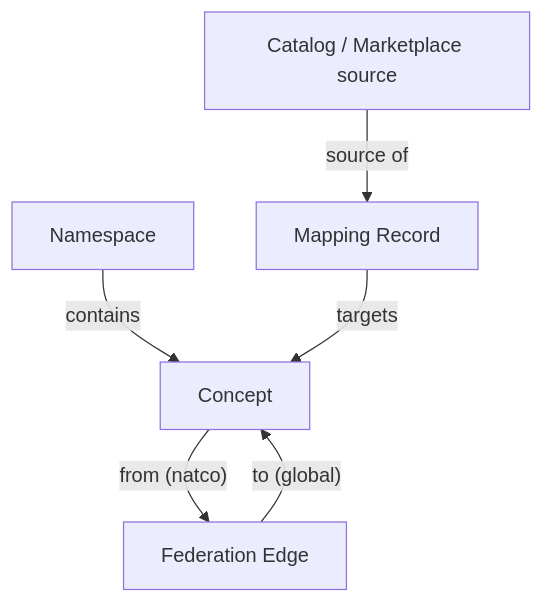
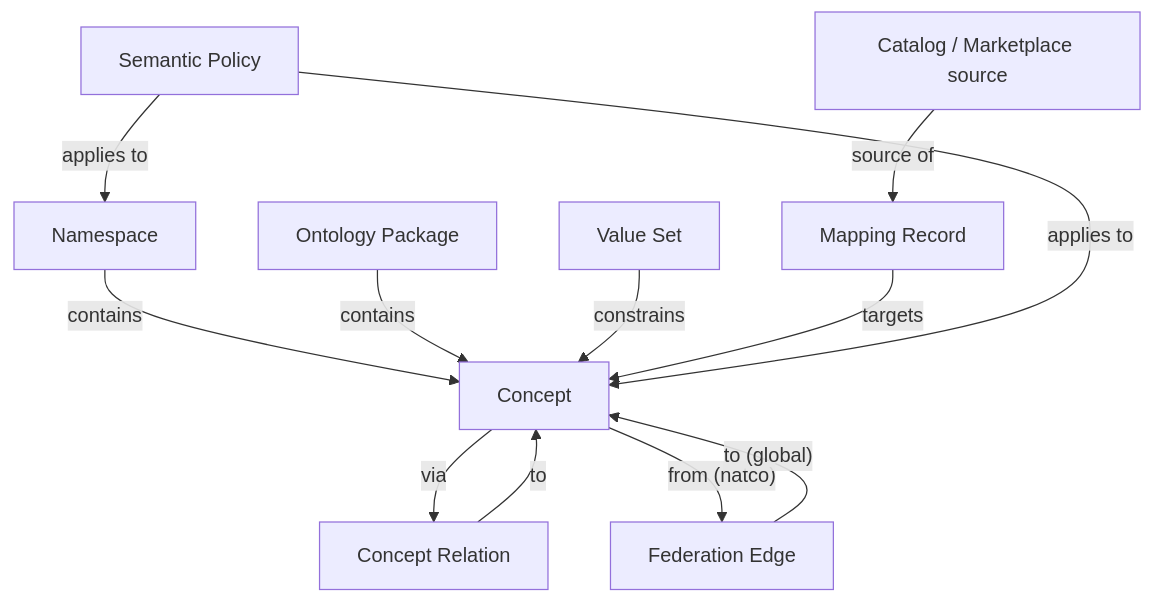
Before and after one commit to Swap-Innovation/Enterprise-Governance-Grid: the diagram in connected-data/10. Contracts/Semantic Control Plane/01. Hierarchy And Relations.md, drawn with Mermaid. The commit also changed other lines of this file and 650 other files, not shown here.

````diff
--- a/connected-data/10. Contracts/Semantic Control Plane/01. Hierarchy And Relations.md
+++ b/connected-data/10. Contracts/Semantic Control Plane/01. Hierarchy And Relations.md
@@ -16,14 +18,24 @@
 ```mermaid
 flowchart TB
   NS[Namespace]
   C[Concept]
+  OP[Ontology Package]
+  VS[Value Set]
+  CR[Concept Relation]
   MR[Mapping Record]
   FE[Federation Edge]
+  POL[Semantic Policy]
   SRC[Catalog / Marketplace source]
 
   NS -->|"contains"| C
+  OP -->|"contains"| C
+  VS -->|"constrains"| C
+  C -->|"via"| CR
+  CR -->|"to"| C
   SRC -->|"source of"| MR
   MR -->|"targets"| C
   C -->|"from (natco)"| FE
   FE -->|"to (global)"| C
+  POL -->|"applies to"| C
+  POL -->|"applies to"| NS
 ```
````
